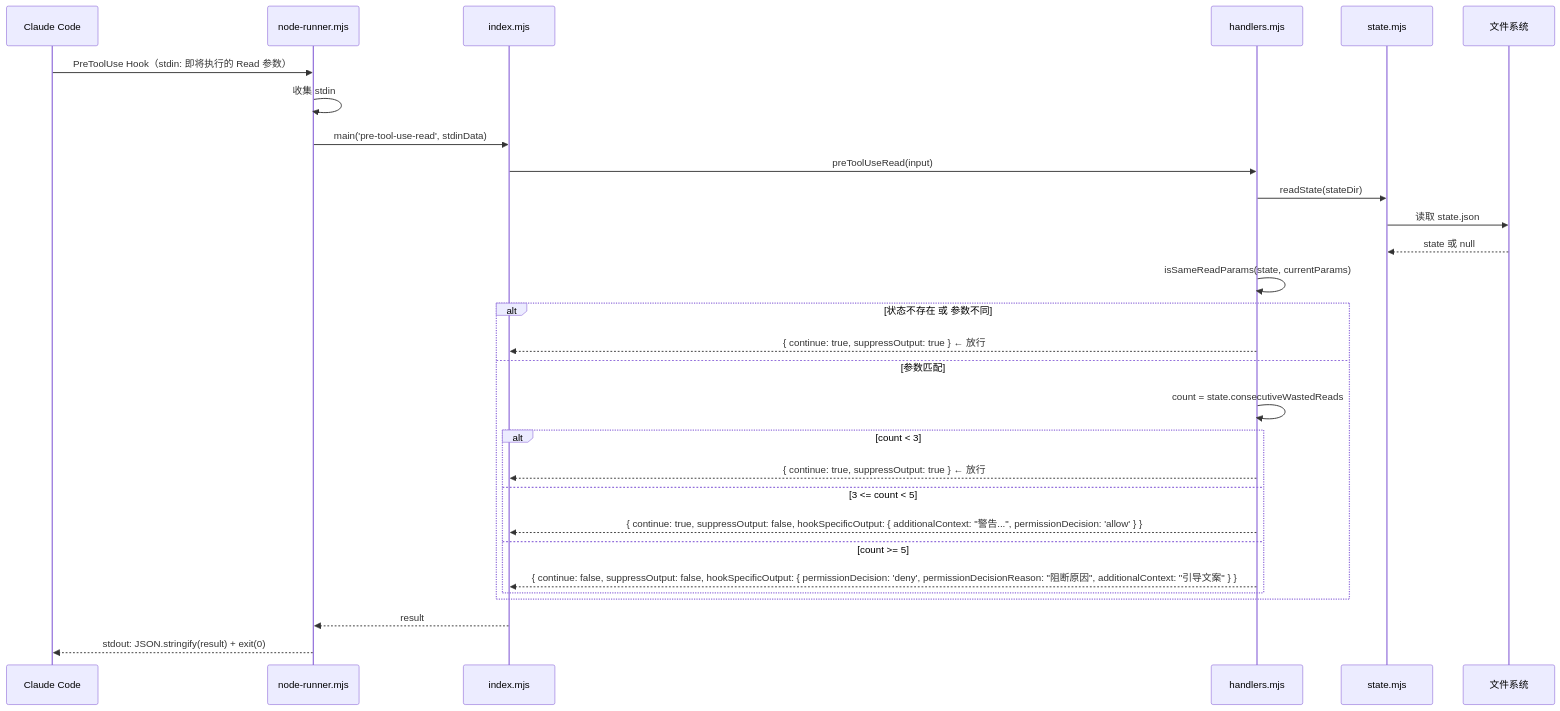
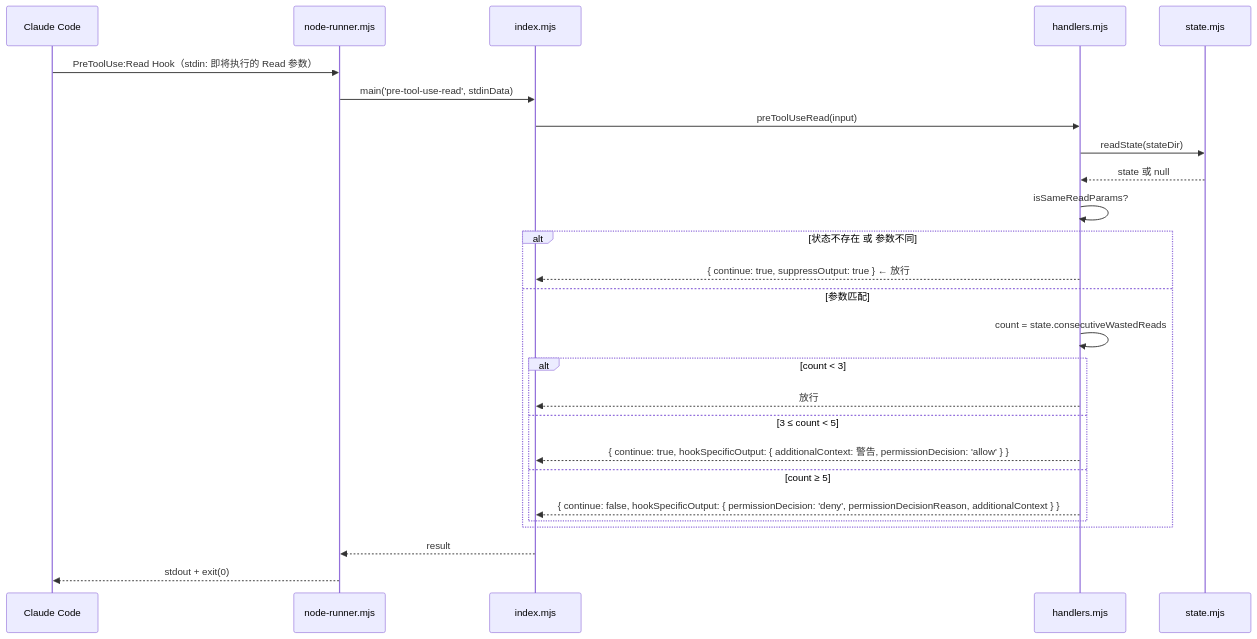
One commit to Lionad-Morotar/cc-break-dead-loop changed the third of 9 diagrams in docs/3. Workflow Overview.md. Above: the diagram before and after it, drawn with Mermaid. The commit also changed other lines of this file and 15 other files, not shown here.

````diff
--- a/docs/3. Workflow Overview.md
+++ b/docs/3. Workflow Overview.md
@@ -87,34 +80,29 @@
 ```mermaid
 sequenceDiagram
   participant CC as Claude Code
   participant NR as node-runner.mjs
   participant IDX as index.mjs
   participant HND as handlers.mjs
   participant ST as state.mjs
-  participant FS as 文件系统
 
-  CC->>NR: PreToolUse Hook（stdin: 即将执行的 Read 参数）
-  NR->>NR: 收集 stdin
+  CC->>NR: PreToolUse:Read Hook（stdin: 即将执行的 Read 参数）
   NR->>IDX: main('pre-tool-use-read', stdinData)
   IDX->>HND: preToolUseRead(input)
   HND->>ST: readState(stateDir)
-  ST->>FS: 读取 state.json
-  FS-->>ST: state 或 null
-  HND->>HND: isSameReadParams(state, currentParams)
-
+  ST-->>HND: state 或 null
+  HND->>HND: isSameReadParams?
   alt 状态不存在 或 参数不同
     HND-->>IDX: { continue: true, suppressOutput: true } ← 放行
   else 参数匹配
     HND->>HND: count = state.consecutiveWastedReads
     alt count < 3
-      HND-->>IDX: { continue: true, suppressOutput: true } ← 放行
-    else 3 <= count < 5
-      HND-->>IDX: { continue: true, suppressOutput: false, hookSpecificOutput: { additionalContext: "警告...", permissionDecision: 'allow' } }
-    else count >= 5
-      HND-->>IDX: { continue: false, suppressOutput: false, hookSpecificOutput: { permissionDecision: 'deny', permissionDecisionReason: "阻断原因", additionalContext: "引导文案" } }
+      HND-->>IDX: 放行
+    else 3 ≤ count < 5
+      HND-->>IDX: { continue: true, hookSpecificOutput: { additionalContext: 警告, permissionDecision: 'allow' } }
+    else count ≥ 5
+      HND-->>IDX: { continue: false, hookSpecificOutput: { permissionDecision: 'deny', permissionDecisionReason, additionalContext } }
     end
   end
-
   IDX-->>NR: result
-  NR-->>CC: stdout: JSON.stringify(result) + exit(0)
+  NR-->>CC: stdout + exit(0)
 ```
````
